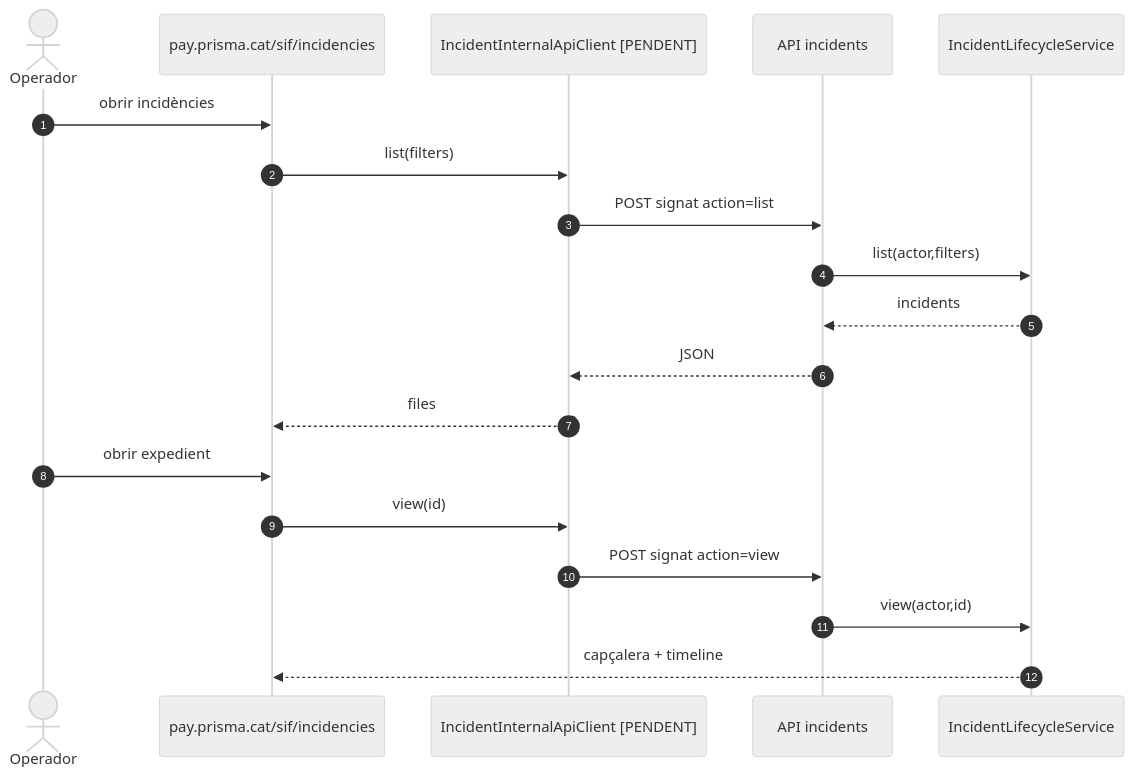
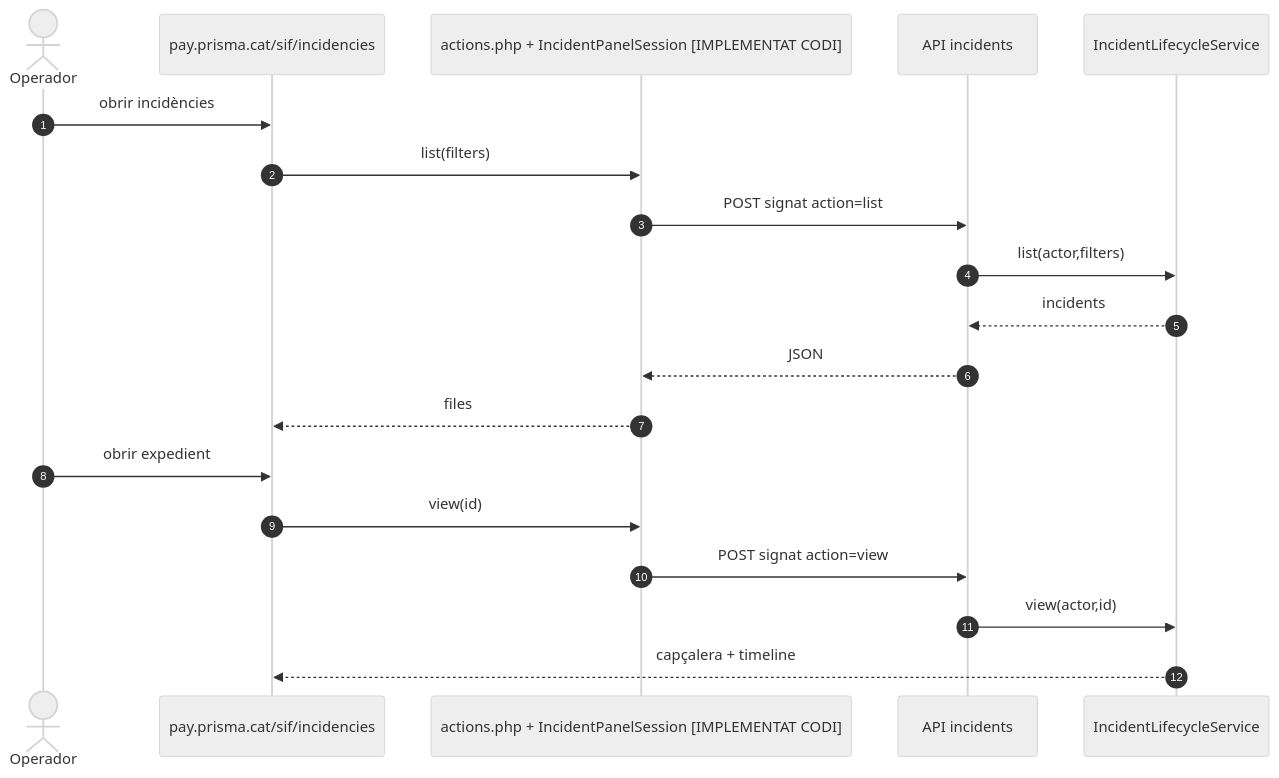
One commit to orgmeriemprismacat-del/verifactu changed the fifth of 7 diagrams in documentacio/07-uml-integrat/uc-008-sequencies-actual-final.md. Above: the diagram before and after it, drawn with Mermaid (neutral theme). The commit also changed other lines of this file, not shown here.

````diff
--- a/documentacio/07-uml-integrat/uc-008-sequencies-actual-final.md
+++ b/documentacio/07-uml-integrat/uc-008-sequencies-actual-final.md
@@ -140,22 +140,22 @@
 ```mermaid
 sequenceDiagram
 autonumber
 actor O as Operador
 participant UI as pay.prisma.cat/sif/incidencies
-participant C as IncidentInternalApiClient [PENDENT]
+participant C as actions.php + IncidentPanelSession [IMPLEMENTAT CODI]
 participant API as API incidents
 participant S as IncidentLifecycleService
 
 O->>UI: obrir incidències
 UI->>C: list(filters)
 C->>API: POST signat action=list
 API->>S: list(actor,filters)
 S-->>API: incidents
 API-->>C: JSON
 C-->>UI: files
 O->>UI: obrir expedient
 UI->>C: view(id)
 C->>API: POST signat action=view
 API->>S: view(actor,id)
 S-->>UI: capçalera + timeline
 ```
````
